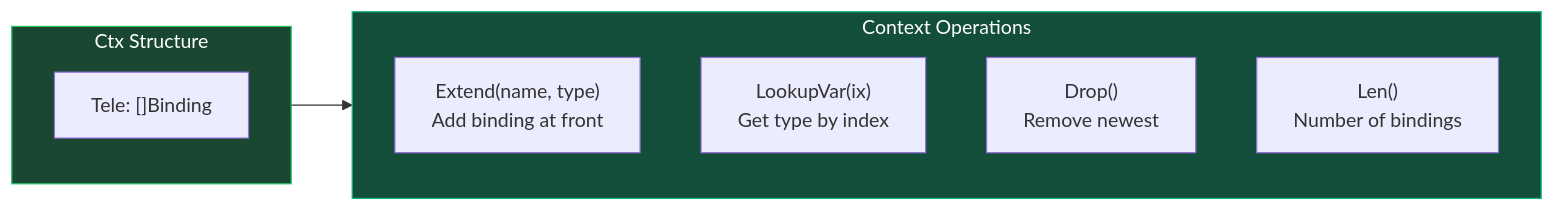
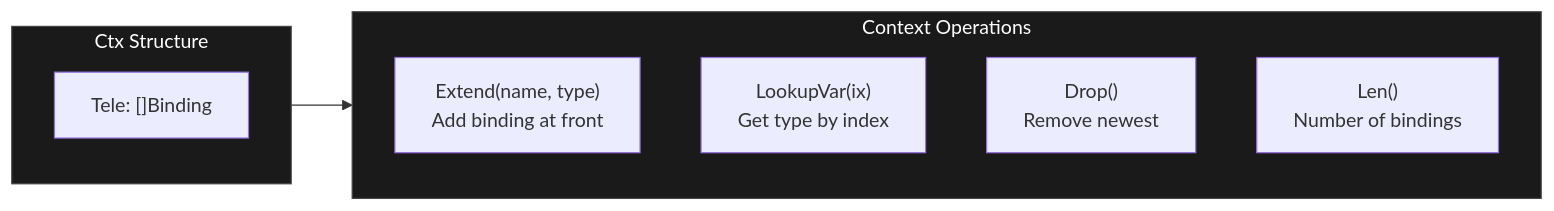
One commit to watchthelight/HypergraphGo changed diagram 19 of 23 in DIAGRAMS.md. Above: the diagram before and after it, drawn with Mermaid. The commit also changed other lines of this file, not shown here.

First line of the commit message:
docs(diagrams): use uniform dark color scheme

````diff
--- a/DIAGRAMS.md
+++ b/DIAGRAMS.md
@@ -1236,18 +1236,18 @@
 ```mermaid
 flowchart LR
     subgraph Ctx["Ctx Structure"]
         Tele["Tele: []Binding"]
     end
 
     subgraph Operations["Context Operations"]
         Extend["Extend(name, type)<br/>Add binding at front"]
         Lookup["LookupVar(ix)<br/>Get type by index"]
         Drop["Drop()<br/>Remove newest"]
         Len["Len()<br/>Number of bindings"]
     end
 
     Ctx --> Operations
 
-    style Ctx fill:#1a4731,stroke:#22c55e,color:#fff
-    style Operations fill:#134e3a,stroke:#10b981,color:#fff
+    style Ctx fill:#1a1a1a,stroke:#444,color:#fff
+    style Operations fill:#1a1a1a,stroke:#444,color:#fff
 ```
````
